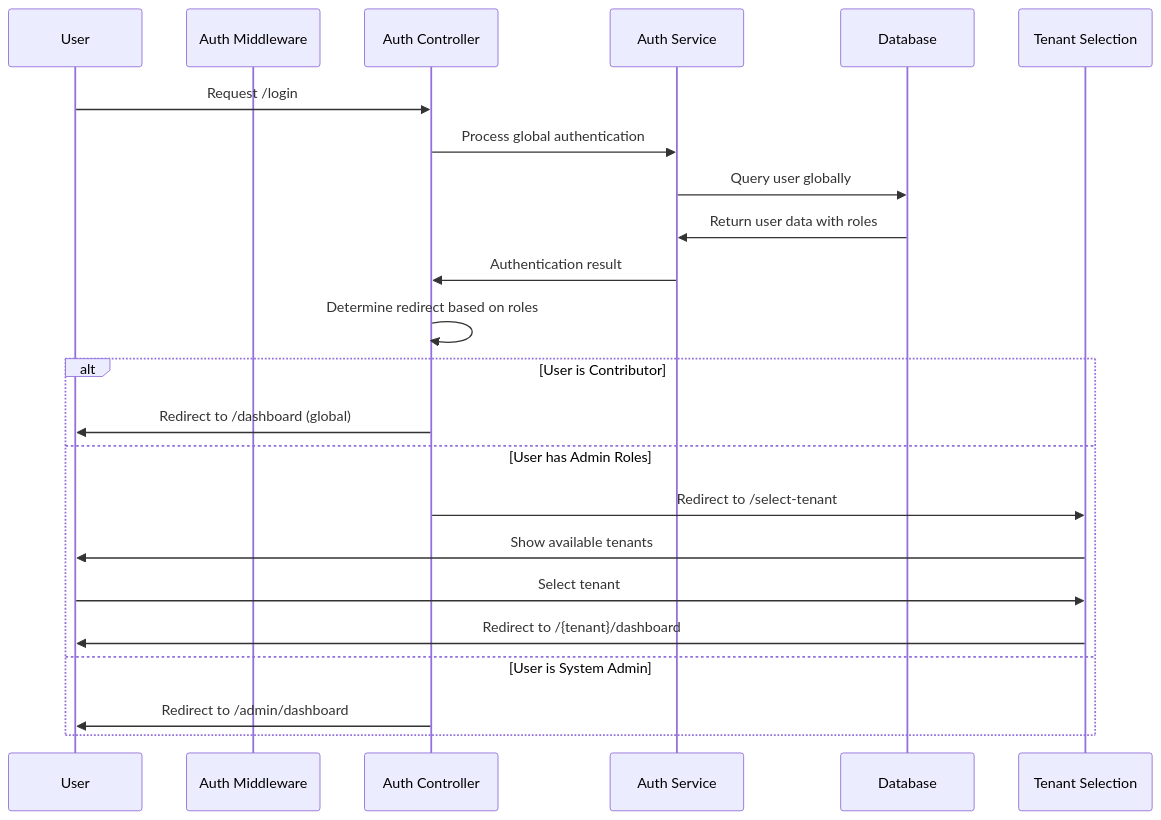
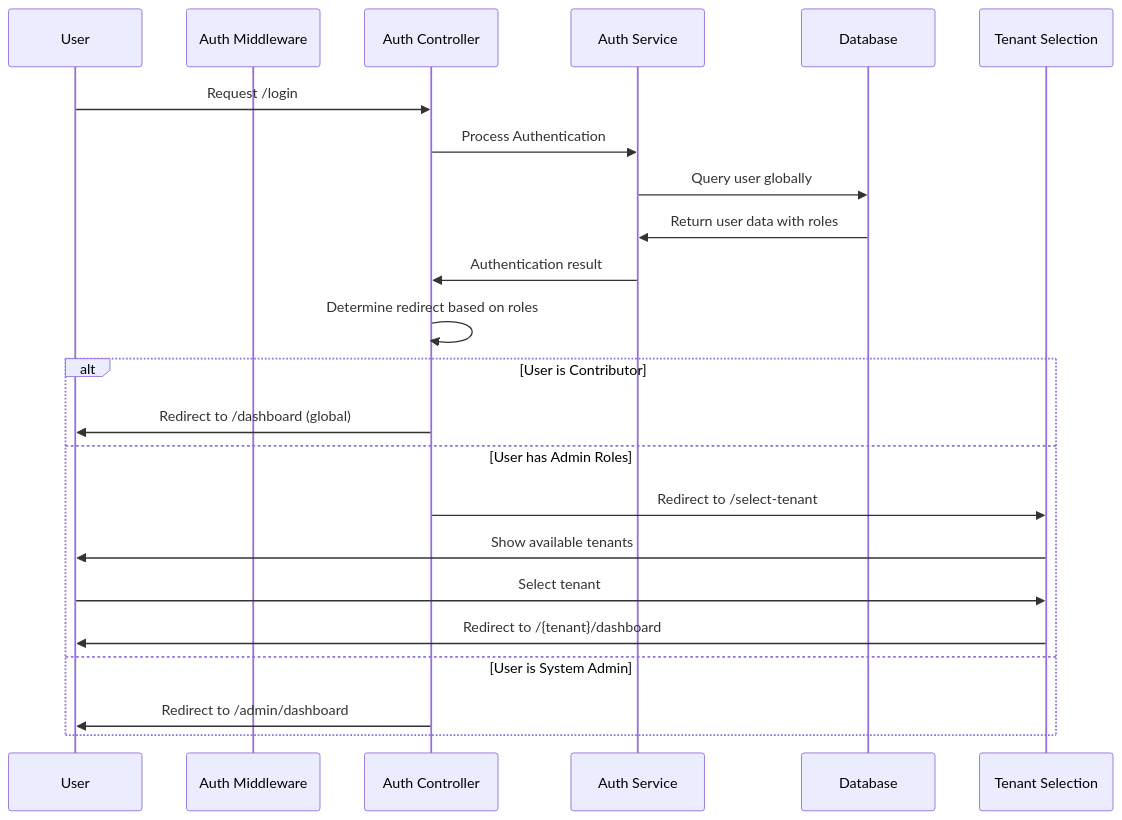
One commit to adilimudassir/sannu-sannu changed the second of 2 diagrams in .kiro/specs/authentication-authorization/design.md. Above: the diagram before and after it, drawn with Mermaid. The commit also changed other lines of this file and 56 other files, not shown here.

````diff
--- a/.kiro/specs/authentication-authorization/design.md
+++ b/.kiro/specs/authentication-authorization/design.md
@@ -38,27 +38,27 @@
 ```mermaid
 sequenceDiagram
     participant U as User
     participant AM as Auth Middleware
     participant AC as Auth Controller
     participant AS as Auth Service
     participant DB as Database
     participant TS as Tenant Selection
     
     U->>AC: Request /login
-    AC->>AS: Process global authentication
+    AC->>AS: Process Authentication
     AS->>DB: Query user globally
     DB->>AS: Return user data with roles
     AS->>AC: Authentication result
     AC->>AC: Determine redirect based on roles
     
     alt User is Contributor
         AC->>U: Redirect to /dashboard (global)
     else User has Admin Roles
         AC->>TS: Redirect to /select-tenant
         TS->>U: Show available tenants
         U->>TS: Select tenant
         TS->>U: Redirect to /{tenant}/dashboard
     else User is System Admin
         AC->>U: Redirect to /admin/dashboard
     end
 ```
````
